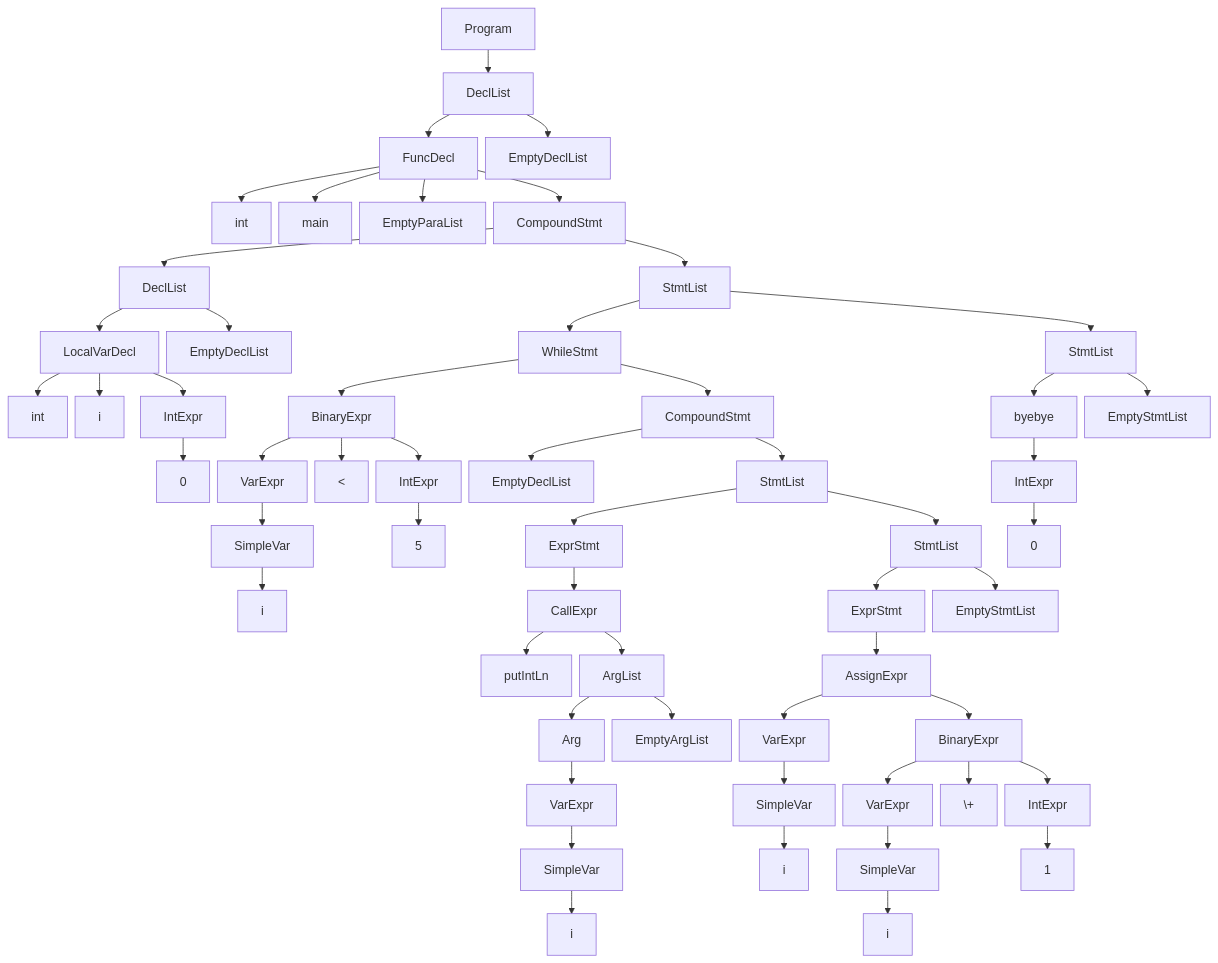
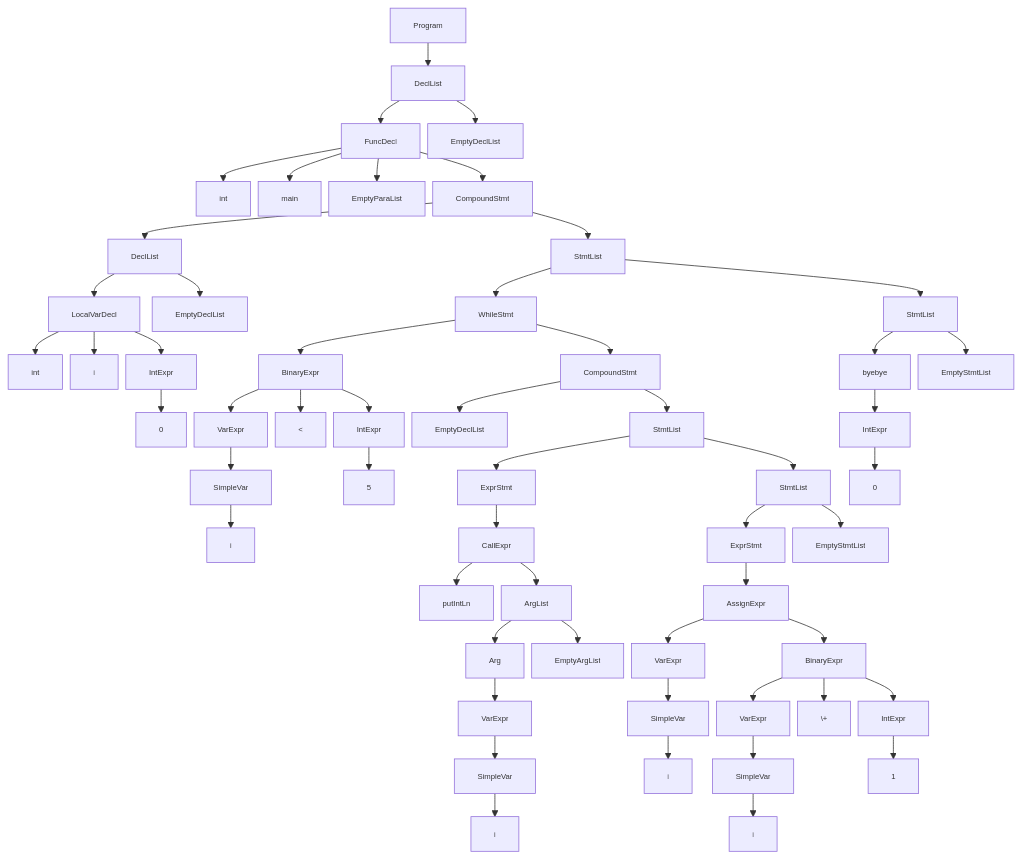
The third of 6 diagrams in frontend/app/about/about.md (RiceL123/ricelang-playground), drawn with Mermaid before and after one commit. The commit also changed other lines of this file and 5 other files, not shown here.

````diff
--- a/frontend/app/about/about.md
+++ b/frontend/app/about/about.md
@@ -92,66 +85,68 @@
 ```mermaid
 %%{ init: {
   "theme": "default",
   "flowchart": {
     "nodeSpacing": 10,
     "rankSpacing": 30
   },
   "width": "100%"
 } }%%
 flowchart TD
-    1[Program]
-    1-->2[DeclList]
-    2-->3[FuncDecl]
-    3-->4[int]
-    3-->5[main]
-    3-->6[EmptyParaList]
-    3-->7[CompoundStmt]
-    7-->8[DeclList]
-    8-->9[LocalVarDecl]
-    9-->10[int]
-    9-->11[i]
-    9-->12[IntExpr]
-    12-->13[0]
-    8-->14[EmptyDeclList]
-    7-->15[StmtList]
-    15-->16[WhileStmt]
-    16-->17[BinaryExpr]
-    17-->18[VarExpr]
-    18-->19[SimpleVar]
-    19-->20[i]
-    17-->21["<"]
-    17-->22[IntExpr]
-    22-->23[5]
-    16-->24[CompoundStmt]
-    24-->25[EmptyDeclList]
-    24-->26[StmtList]
-    26-->27[ExprStmt]
-    27-->28[CallExpr]
-    28-->29[putIntLn]
-    28-->30[ArgList]
-    30-->31[Arg]
-    31-->32[VarExpr]
-    32-->33[SimpleVar]
-    33-->34[i]
-    30-->35[EmptyArgList]
-    26-->36[StmtList]
-    36-->37[ExprStmt]
-    37-->38[AssignExpr]
-    38-->39[VarExpr]
-    39-->40[SimpleVar]
-    40-->41[i]
-    38-->42[BinaryExpr]
-    42-->43[VarExpr]
-    43-->44[SimpleVar]
-    44-->45[i]
-    42-->46["\+"]
-    42-->47[IntExpr]
-    47-->48[1]
-    36-->49[EmptyStmtList]
-    15-->50[StmtList]
-    50-->51[byebye]
-    51-->52[IntExpr]
-    52-->53[0]
-    50-->54[EmptyStmtList]
-    2-->55[EmptyDeclList]
+    classDef small font-size:10px,padding:0px;
+
+    1[Program]:::small
+    1-->2[DeclList]:::small
+    2-->3[FuncDecl]:::small
+    3-->4[int]:::small
+    3-->5[main]:::small
+    3-->6[EmptyParaList]:::small
+    3-->7[CompoundStmt]:::small
+    7-->8[DeclList]:::small
+    8-->9[LocalVarDecl]:::small
+    9-->10[int]:::small
+    9-->11[i]:::small
+    9-->12[IntExpr]:::small
+    12-->13[0]:::small
+    8-->14[EmptyDeclList]:::small
+    7-->15[StmtList]:::small
+    15-->16[WhileStmt]:::small
+    16-->17[BinaryExpr]:::small
+    17-->18[VarExpr]:::small
+    18-->19[SimpleVar]:::small
+    19-->20[i]:::small
+    17-->21["<"]:::small
+    17-->22[IntExpr]:::small
+    22-->23[5]:::small
+    16-->24[CompoundStmt]:::small
+    24-->25[EmptyDeclList]:::small
+    24-->26[StmtList]:::small
+    26-->27[ExprStmt]:::small
+    27-->28[CallExpr]:::small
+    28-->29[putIntLn]:::small
+    28-->30[ArgList]:::small
+    30-->31[Arg]:::small
+    31-->32[VarExpr]:::small
+    32-->33[SimpleVar]:::small
+    33-->34[i]:::small
+    30-->35[EmptyArgList]:::small
+    26-->36[StmtList]:::small
+    36-->37[ExprStmt]:::small
+    37-->38[AssignExpr]:::small
+    38-->39[VarExpr]:::small
+    39-->40[SimpleVar]:::small
+    40-->41[i]:::small
+    38-->42[BinaryExpr]:::small
+    42-->43[VarExpr]:::small
+    43-->44[SimpleVar]:::small
+    44-->45[i]:::small
+    42-->46["\+"]:::small
+    42-->47[IntExpr]:::small
+    47-->48[1]:::small
+    36-->49[EmptyStmtList]:::small
+    15-->50[StmtList]:::small
+    50-->51[byebye]:::small
+    51-->52[IntExpr]:::small
+    52-->53[0]:::small
+    50-->54[EmptyStmtList]:::small
+    2-->55[EmptyDeclList]:::small
 ```
````
